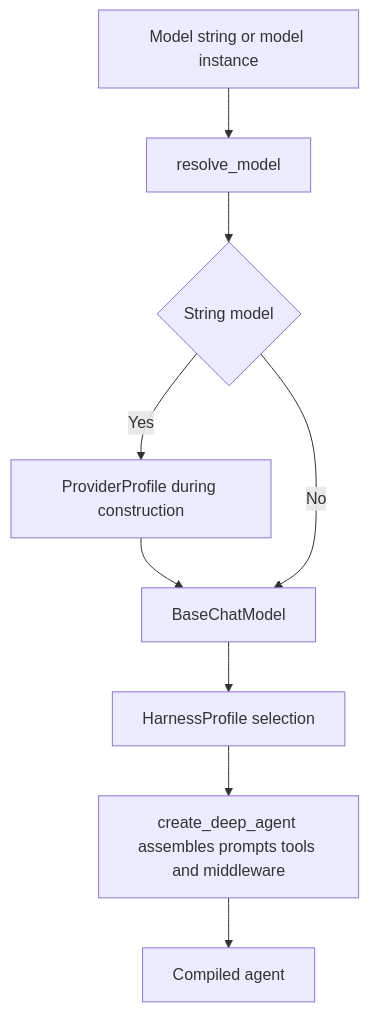
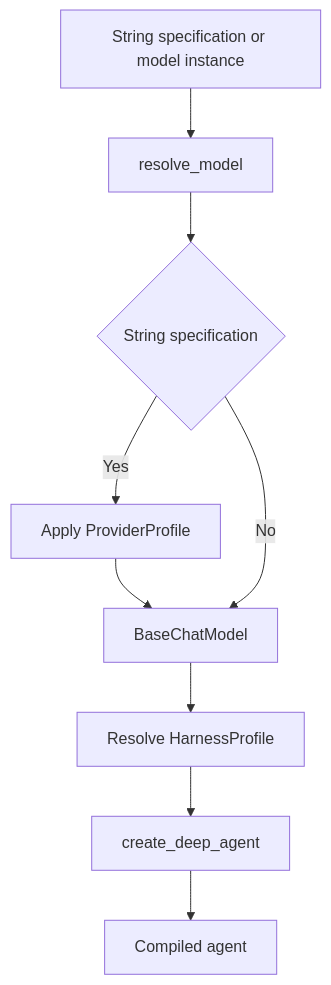
The first of 3 diagrams in openwiki/concepts/profiles-models.md (langchain-ai/deepagents), drawn with Mermaid before and after one commit. The commit also changed other lines of this file and 37 other files, not shown here.

````diff
--- a/openwiki/concepts/profiles-models.md
+++ b/openwiki/concepts/profiles-models.md
@@ -54,11 +66,11 @@
 ```mermaid
 flowchart TD
-    Spec["Model string or model instance"] --> Resolve["resolve_model"]
-    Resolve --> Kind{"String model"}
-    Kind -->|Yes| Provider["ProviderProfile during construction"]
-    Provider --> Chat["BaseChatModel"]
-    Kind -->|No| Chat
-    Chat --> Select["HarnessProfile selection"]
-    Select --> Assemble["create_deep_agent assembles prompts tools and middleware"]
+    Input["String specification or model instance"] --> Resolve["resolve_model"]
+    Resolve --> IsString{"String specification"}
+    IsString -->|Yes| Provider["Apply ProviderProfile"]
+    Provider --> Model["BaseChatModel"]
+    IsString -->|No| Model
+    Model --> Harness["Resolve HarnessProfile"]
+    Harness --> Assemble["create_deep_agent"]
     Assemble --> Agent["Compiled agent"]
 ```
````
